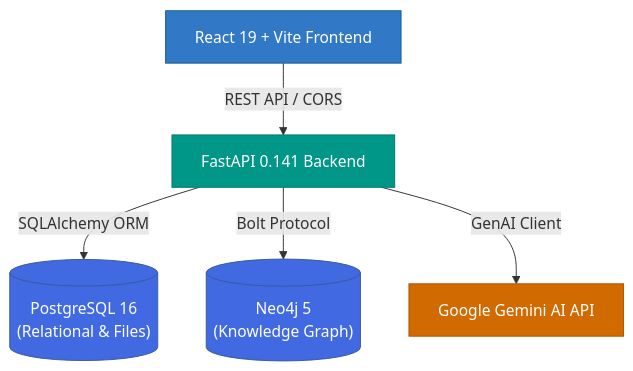
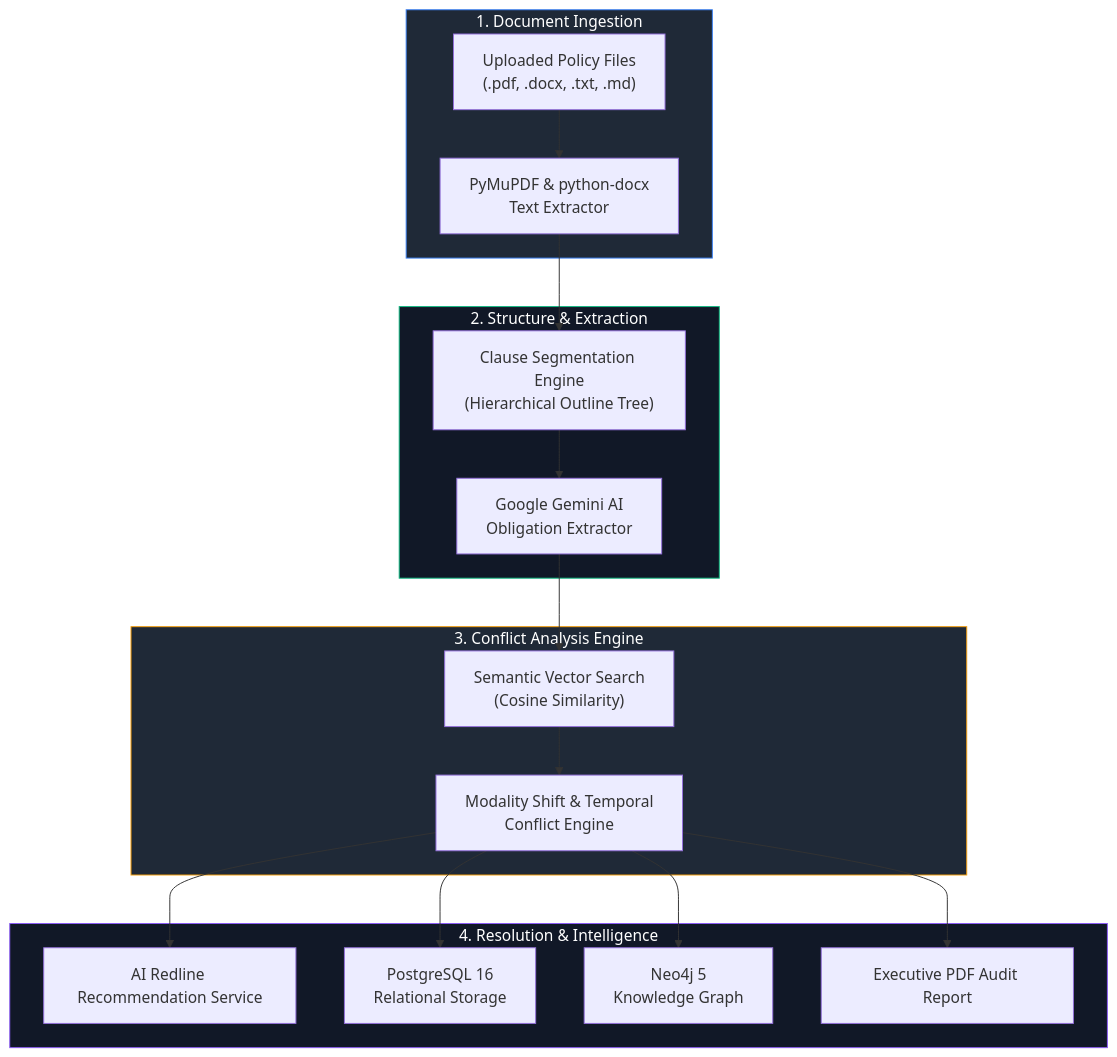
The diagram in README.md (Sangamithraa077/PolicySentinel), drawn with Mermaid before and after one commit. The commit also changed other lines of this file, not shown here.

Commit message:
docs: update README with flowchart architecture, tabular format, bulleted problem overview, and curated message

````diff
--- a/README.md
+++ b/README.md
@@ -52,18 +49,28 @@
 ```mermaid
-graph TD
-    classDef client fill:#3178C6,stroke:#1A5F8A,color:#fff;
-    classDef server fill:#009688,stroke:#00796B,color:#fff;
-    classDef db fill:#4169E1,stroke:#3B5998,color:#fff;
-    classDef external fill:#D16A00,stroke:#B05500,color:#fff;
+flowchart TD
+    subgraph Step1["1. Document Ingestion"]
+        A["Uploaded Policy Files\n(.pdf, .docx, .txt, .md)"] --> B["PyMuPDF & python-docx\nText Extractor"]
+    end
 
-    Client["React 19 + Vite Frontend"]:::client
-    API["FastAPI 0.141 Backend"]:::server
-    PG[("PostgreSQL 16\n(Relational & Files)")]:::db
-    Neo[("Neo4j 5\n(Knowledge Graph)")]:::db
-    Gemini["Google Gemini AI API"]:::external
+    subgraph Step2["2. Structure & Extraction"]
+        B --> C["Clause Segmentation Engine\n(Hierarchical Outline Tree)"]
+        C --> D["Google Gemini AI\nObligation Extractor"]
+    end
 
-    Client -->|REST API / CORS| API
-    API -->|SQLAlchemy ORM| PG
-    API -->|Bolt Protocol| Neo
-    API -->|GenAI Client| Gemini
+    subgraph Step3["3. Conflict Analysis Engine"]
+        D --> E["Semantic Vector Search\n(Cosine Similarity)"]
+        E --> F["Modality Shift & Temporal\nConflict Engine"]
+    end
+
+    subgraph Step4["4. Resolution & Intelligence"]
+        F --> G["AI Redline Recommendation Service"]
+        F --> H["PostgreSQL 16\nRelational Storage"]
+        F --> I["Neo4j 5\nKnowledge Graph"]
+        F --> J["Executive PDF Audit Report"]
+    end
+
+    style Step1 fill:#1f2937,stroke:#3b82f6,color:#fff
+    style Step2 fill:#111827,stroke:#10b981,color:#fff
+    style Step3 fill:#1f2937,stroke:#f59e0b,color:#fff
+    style Step4 fill:#111827,stroke:#8b5cf6,color:#fff
 ```
````
